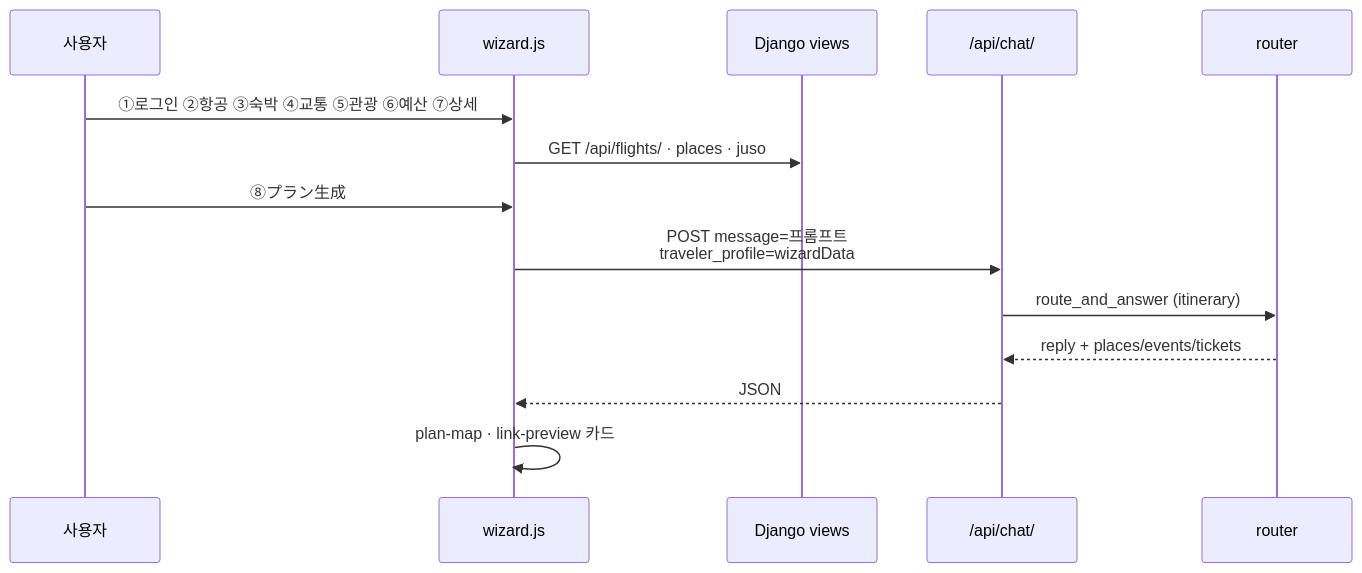
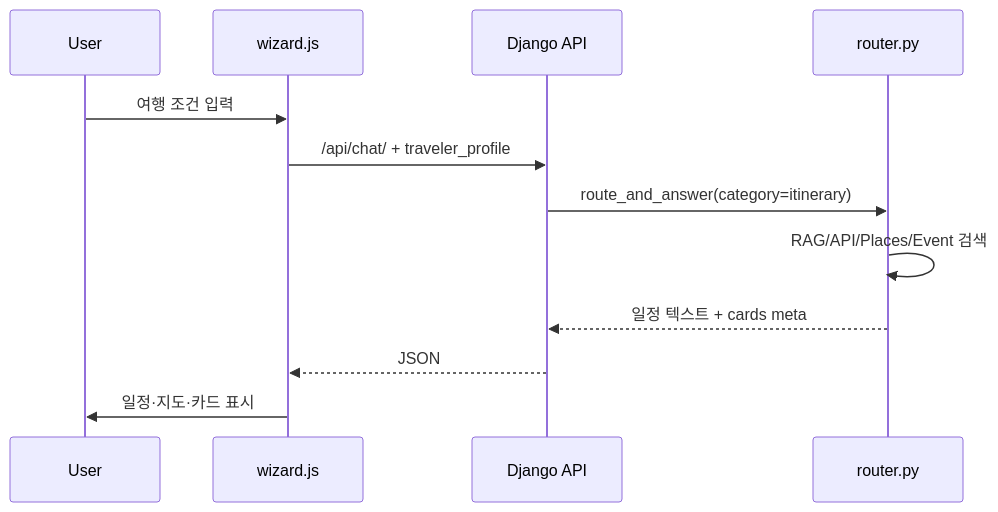
Before and after one commit to LeeDohun-hub/japantour_project: the second of 3 diagrams in docs/system-design-overview.md, drawn with Mermaid. The commit also changed other lines of this file and 16 other files, not shown here.

````diff
--- a/docs/system-design-overview.md
+++ b/docs/system-design-overview.md
@@ -118,17 +38,14 @@
 ```mermaid
 sequenceDiagram
-  participant U as 사용자
+  participant U as User
   participant W as wizard.js
-  participant D as Django views
-  participant C as /api/chat/
-  participant R as router
-
-  U->>W: ①로그인 ②항공 ③숙박 ④교통 ⑤관광 ⑥예산 ⑦상세
-  W->>D: GET /api/flights/ · places · juso
-  U->>W: ⑧プラン生成
-  W->>C: POST message=프롬프트<br/>traveler_profile=wizardData
-  C->>R: route_and_answer (itinerary)
-  R-->>C: reply + places/events/tickets
-  C-->>W: JSON
-  W->>W: plan-map · link-preview 카드
+  participant API as Django API
+  participant R as router.py
+  U->>W: 여행 조건 입력
+  W->>API: /api/chat/ + traveler_profile
+  API->>R: route_and_answer(category=itinerary)
+  R->>R: RAG/API/Places/Event 검색
+  R-->>API: 일정 텍스트 + cards meta
+  API-->>W: JSON
+  W->>U: 일정·지도·카드 표시
 ```
````
